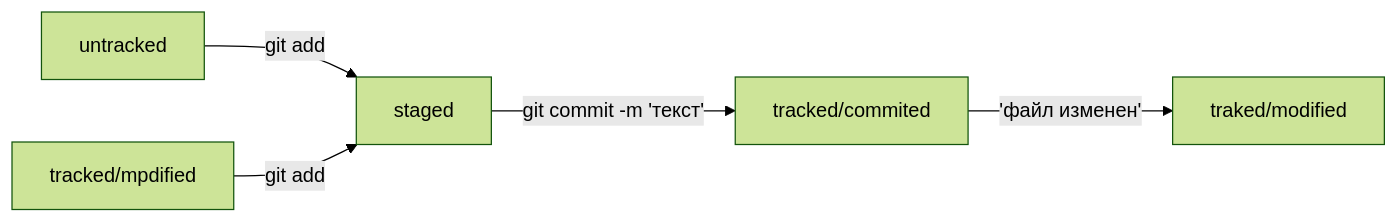
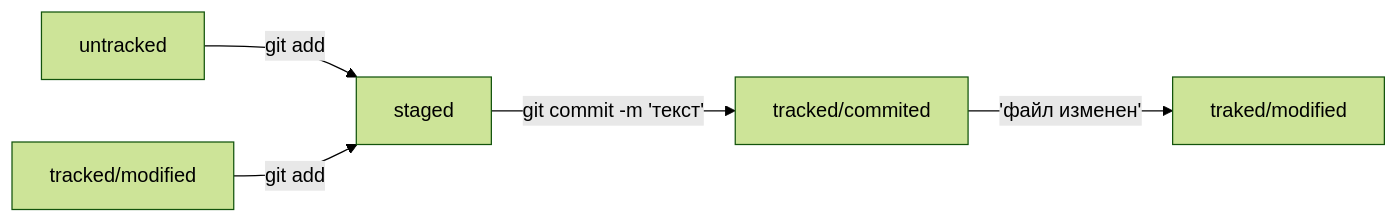
Before and after one commit to IgangdI/pr1: the diagram in README.md, drawn with Mermaid (forest theme).

Commit message:
исправлена ошибка вывода диаграммы №2

````diff
--- a/README.md
+++ b/README.md
@@ -128,7 +128,7 @@
 ```mermaid
 graph LR;
   untracked -- "git add" --> staged;
   staged    -- "git commit -m 'текст'"     --> tracked/commited;
   tracked/commited -- 'файл изменен' --> traked/modified;
-  tracked/mpdified -- "git add" --> staged;
+  tracked/modified -- "git add" --> staged;
 ```
````
